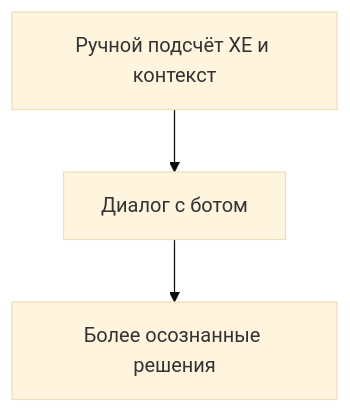
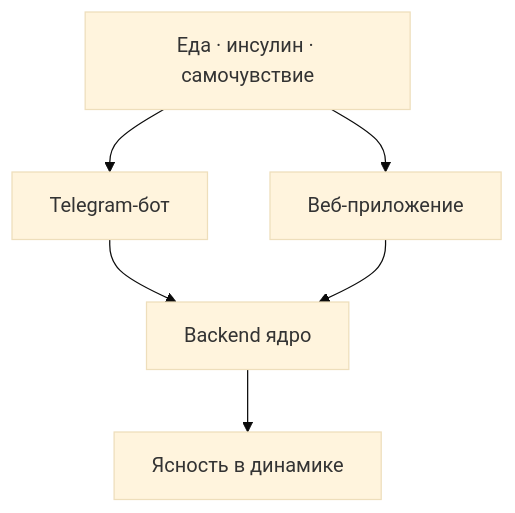
Before and after one commit to zatulik2606/diaai: the second of 4 diagrams in README.md, drawn with Mermaid (base theme). The commit also changed other lines of this file and 1 other file, not shown here.

````diff
--- a/README.md
+++ b/README.md
@@ -31,8 +40,14 @@
 ```mermaid
 flowchart TB
-    Problem["Ручной подсчёт ХЕ и контекст"]
-    Bot["Диалог с ботом"]
-    Result["Более осознанные решения"]
+    Input["Еда · инсулин · самочувствие"]
+    Bot["Telegram-бот"]
+    Web["Веб-приложение"]
+    Backend["Backend ядро"]
+    Insight["Ясность в динамике"]
 
-    Problem --> Bot --> Result
+    Input --> Bot
+    Input --> Web
+    Bot --> Backend
+    Web --> Backend
+    Backend --> Insight
 ```
````
